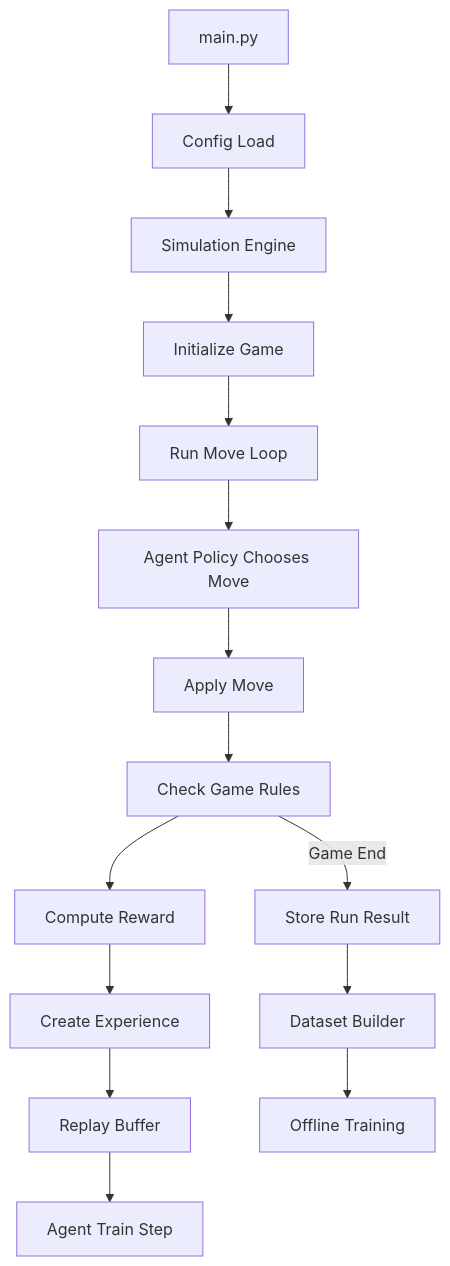
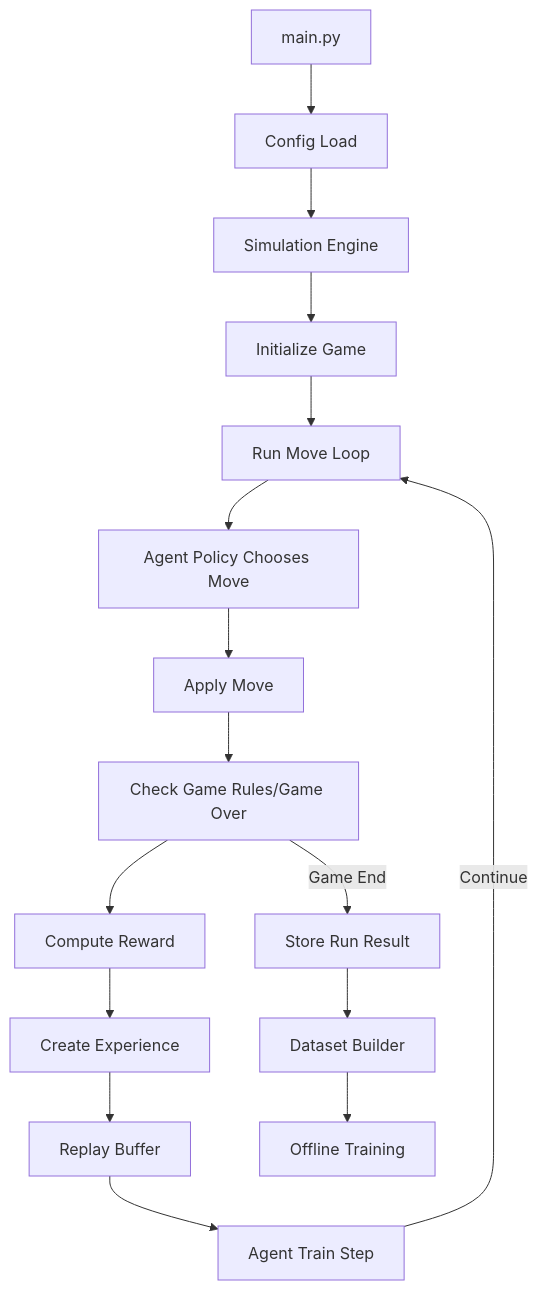
Before and after one commit to neomeup/tic-tac-terminal: the second of 2 diagrams in readme.md, drawn with Mermaid. The commit also changed other lines of this file, not shown here.

````diff
--- a/readme.md
+++ b/readme.md
@@ -108,31 +125,32 @@
 ```mermaid
 flowchart TD
 
 A[main.py] --> B[Config Load]
 
 B --> C[Simulation Engine]
 
 C[Simulation Engine] --> D[Initialize Game]
 
 D --> E[Run Move Loop]
 
 E --> F[Agent Policy Chooses Move]
 
 F --> G[Apply Move]
 
-G --> H[Check Game Rules]
+G --> H[Check Game Rules/Game Over]
 
 H --> I[Compute Reward]
 
 I --> J[Create Experience]
 
 J --> K[Replay Buffer]
 
 K --> L[Agent Train Step]
 
+L -->|Continue| E
 H -->|Game End| M[Store Run Result]
 
 M --> N[Dataset Builder]
 
 N --> O[Offline Training]
 ```
````
